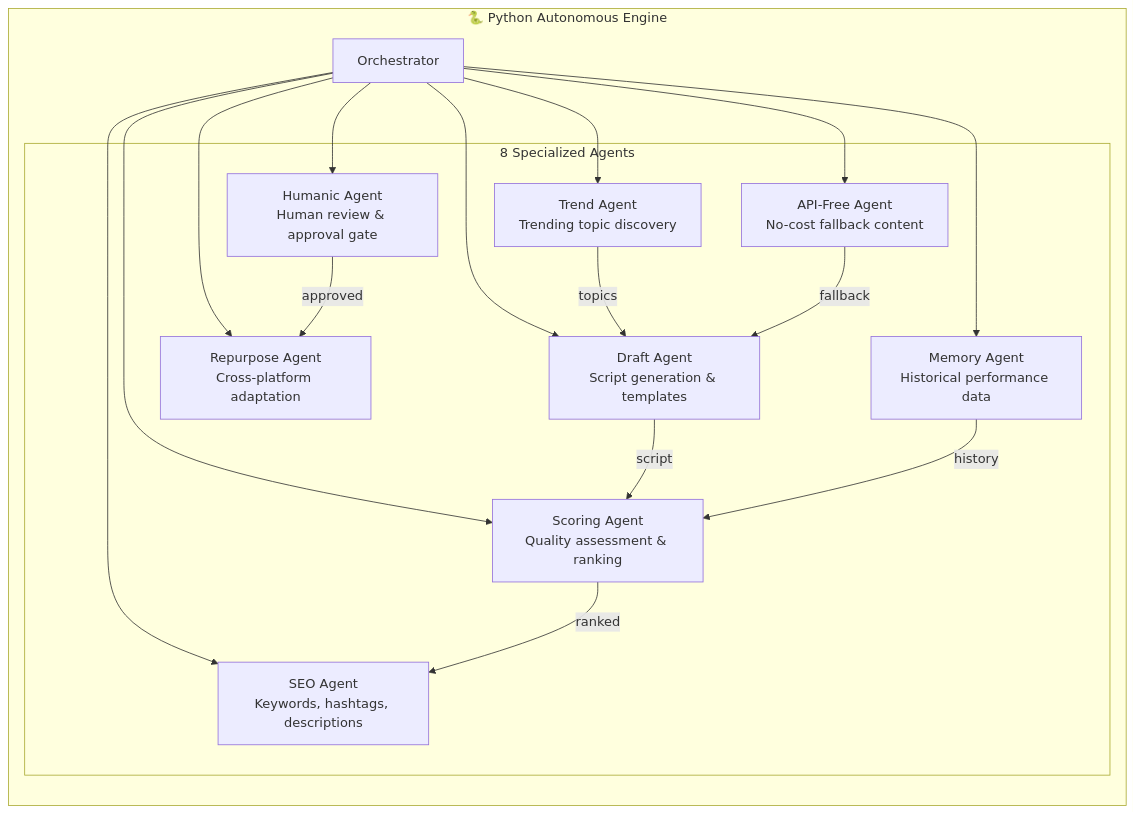
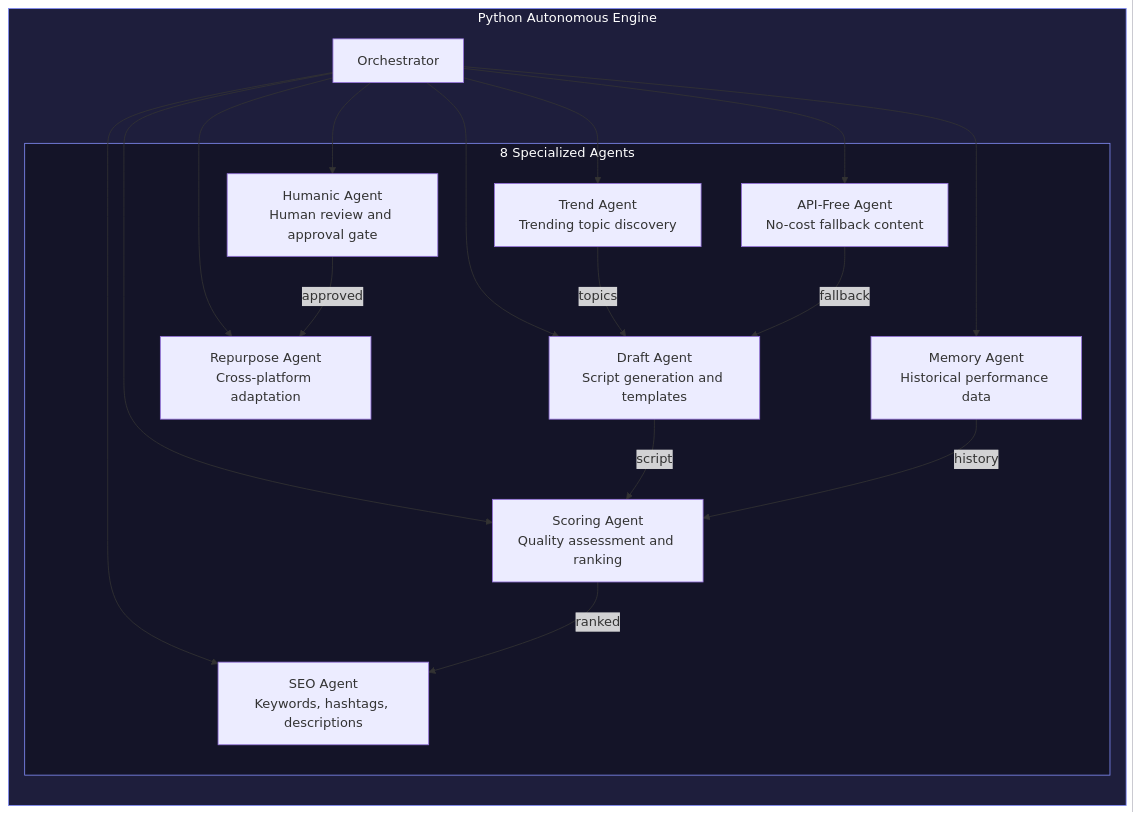
One commit to mulkymalikuldhrs/ghoststudio-ai changed the second of 4 diagrams in README.md. Above: the diagram before and after it, drawn with Mermaid. The commit also changed other lines of this file and 1 other file, not shown here.

Commit message:
🎨 Upgrade: banner image + fixed Mermaid + animations + flow diagrams

````diff
--- a/README.md
+++ b/README.md
@@ -223,34 +144,37 @@
 ```mermaid
 flowchart TB
-    subgraph Engine["🐍 Python Autonomous Engine"]
+    subgraph Engine["Python Autonomous Engine"]
         direction TB
         Orch[Orchestrator]
 
         subgraph Agents["8 Specialized Agents"]
-            Draft[Draft Agent<br/>Script generation & templates]
-            Score[Scoring Agent<br/>Quality assessment & ranking]
+            Draft[Draft Agent<br/>Script generation and templates]
+            Score[Scoring Agent<br/>Quality assessment and ranking]
             SEO[SEO Agent<br/>Keywords, hashtags, descriptions]
             Trend[Trend Agent<br/>Trending topic discovery]
             Mem[Memory Agent<br/>Historical performance data]
             Repurpose[Repurpose Agent<br/>Cross-platform adaptation]
-            Human[Humanic Agent<br/>Human review & approval gate]
-            API[API-Free Agent<br/>No-cost fallback content]
+            Human[Humanic Agent<br/>Human review and approval gate]
+            APIFree[API-Free Agent<br/>No-cost fallback content]
         end
 
         Orch --> Draft
         Orch --> Score
         Orch --> SEO
         Orch --> Trend
         Orch --> Mem
         Orch --> Repurpose
         Orch --> Human
-        Orch --> API
+        Orch --> APIFree
     end
 
     Draft -->|script| Score
     Score -->|ranked| SEO
     Trend -->|topics| Draft
     Mem -->|history| Score
     Human -->|approved| Repurpose
-    API -->|fallback| Draft
+    APIFree -->|fallback| Draft
+
+    style Engine fill:#1e1e3c,stroke:#818cf8,color:#fff
+    style Agents fill:#141428,stroke:#818cf8,color:#fff
 ```
````
